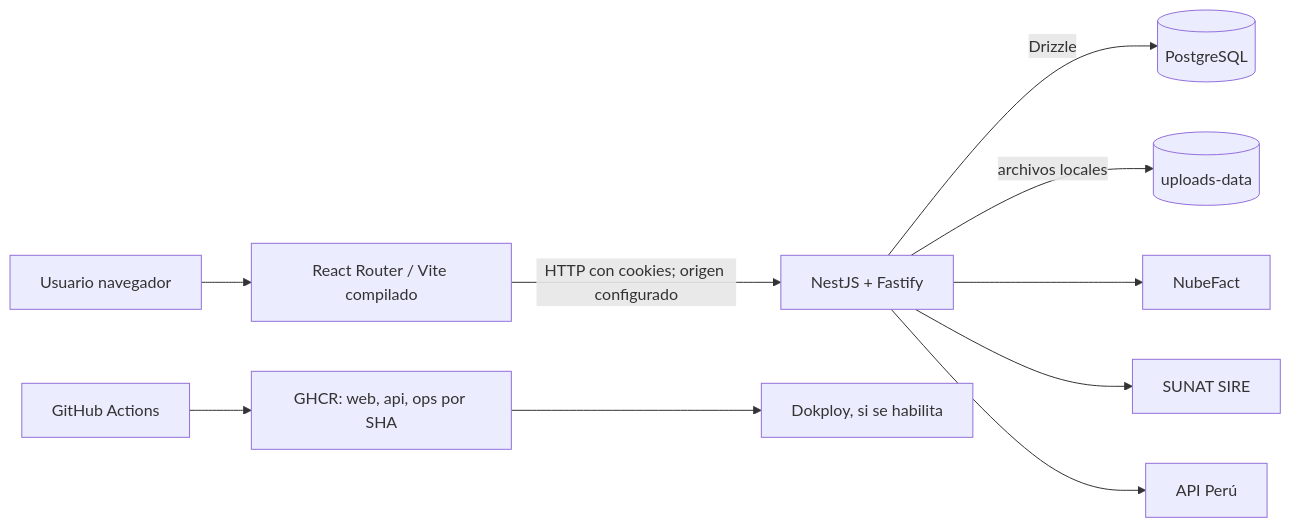
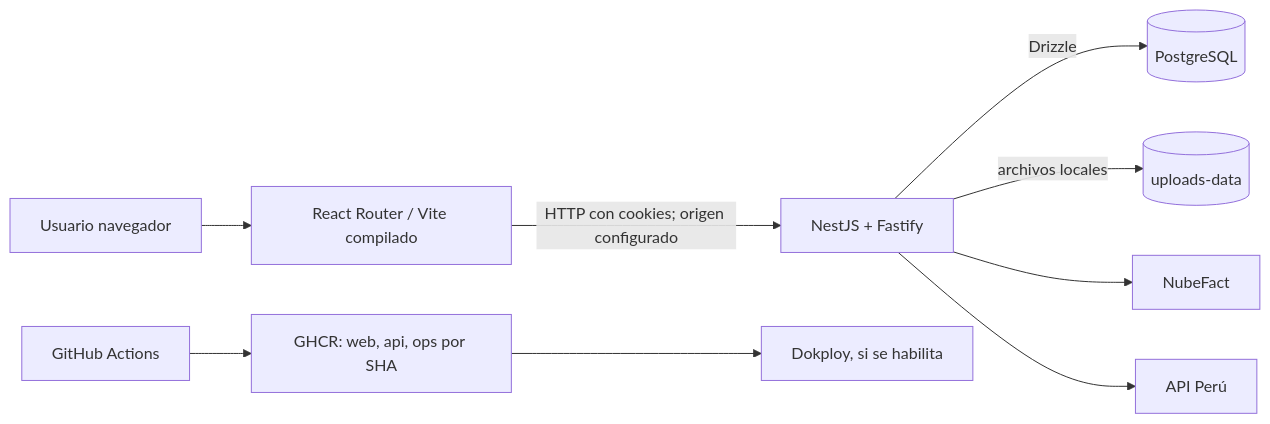
The diagram in docs/01-arquitectura-general.md (Jhean-Anco/Inversiones-Maguina), drawn with Mermaid before and after one commit. The commit also changed 115 other files, not shown here.

````diff
--- a/docs/01-arquitectura-general.md
+++ b/docs/01-arquitectura-general.md
@@ -7,12 +7,11 @@
 ```mermaid
 flowchart LR
   U[Usuario navegador] --> W[React Router / Vite compilado]
   W -->|HTTP con cookies; origen configurado| A[NestJS + Fastify]
   A -->|Drizzle| P[(PostgreSQL)]
   A -->|archivos locales| V[(uploads-data)]
   A --> N[NubeFact]
-  A --> S[SUNAT SIRE]
   A --> I[API Perú]
   D[GitHub Actions] --> G[GHCR: web, api, ops por SHA]
   G --> K[Dokploy, si se habilita]
 ```
````
